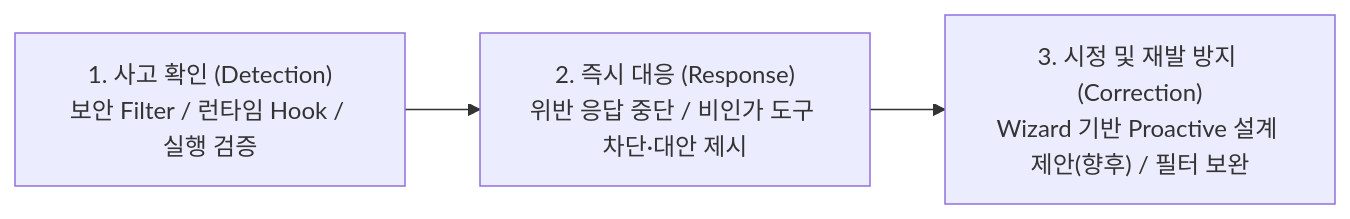
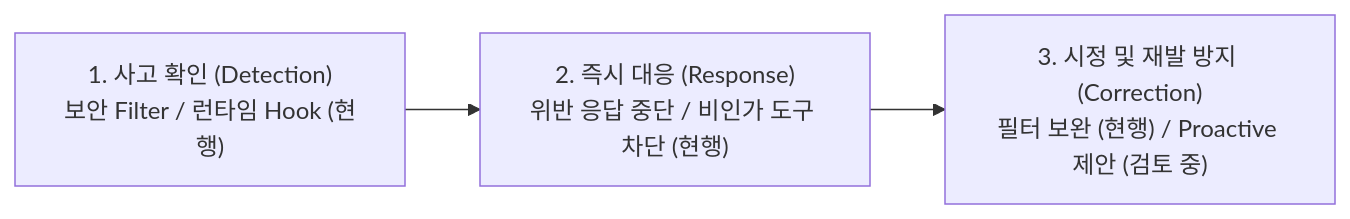
The second of 2 diagrams in AIS/Reports/Slide22_23_Update.md (misjin05/playground), drawn with Mermaid before and after one commit. The commit also changed other lines of this file and 1 other file, not shown here.

````diff
--- a/AIS/Reports/Slide22_23_Update.md
+++ b/AIS/Reports/Slide22_23_Update.md
@@ -54,5 +54,5 @@
 ```mermaid
 graph LR
-    R1["1. 사고 확인 (Detection)<br/>보안 Filter / 런타임 Hook / 실행 검증"] --> R2["2. 즉시 대응 (Response)<br/>위반 응답 중단 / 비인가 도구 차단·대안 제시"]
-    R2 --> R3["3. 시정 및 재발 방지 (Correction)<br/>Wizard 기반 Proactive 설계 제안(향후) / 필터 보완"]
+    R1["1. 사고 확인 (Detection)<br/>보안 Filter / 런타임 Hook (현행)"] --> R2["2. 즉시 대응 (Response)<br/>위반 응답 중단 / 비인가 도구 차단 (현행)"]
+    R2 --> R3["3. 시정 및 재발 방지 (Correction)<br/>필터 보완 (현행) / Proactive 제안 (검토 중)"]
 ```
````
